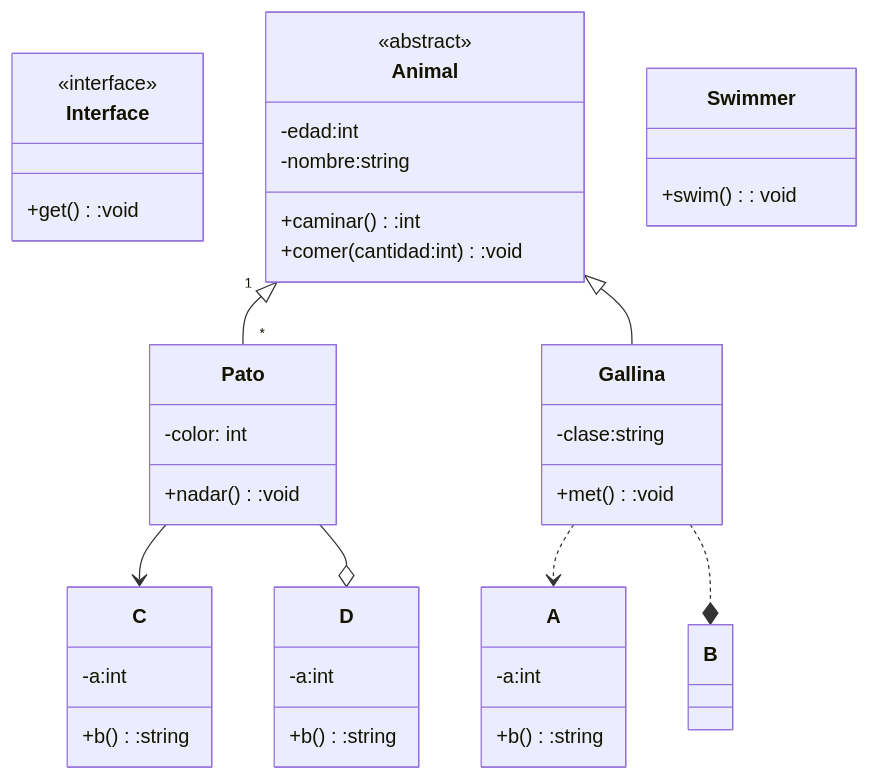
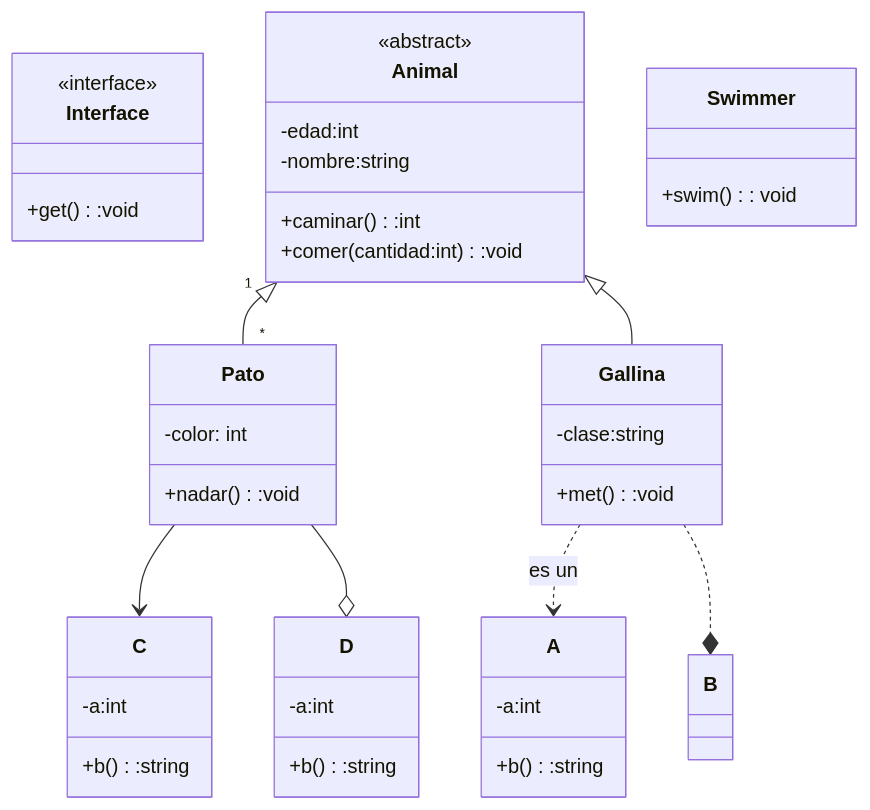
Before and after one commit to ealejor/PERSISTENCIA-JAVA: the diagram in README.md, drawn with Mermaid.

````diff
--- a/README.md
+++ b/README.md
@@ -4,49 +4,49 @@
 ```mermaid
 classDiagram
     class Interface{
         <<interface>>
         +get():void
     }
     class Animal {
         <<abstract>>
         -edad:int
         -nombre:string
         +caminar():int
         +comer(cantidad:int):void
     }
     
     class Pato{
         -color: int
         +nadar():void
     }
     
     class Gallina{
         -clase:string
         +met():void
     }
     
     class A{
         -a:int
         +b():string
     }
 
     class C{
         -a:int
         +b():string
     }
     class D{
         -a:int
         +b():string
     }
     
     class Swimmer{
         +swim(): void
     }
 
     Animal "1" <|-- "*" Pato
     Animal <|-- Gallina
-    Gallina ..> A
+    Gallina ..> A : es un
     Gallina ..* B
     Pato --> C
     Pato --o D
 ```
````
